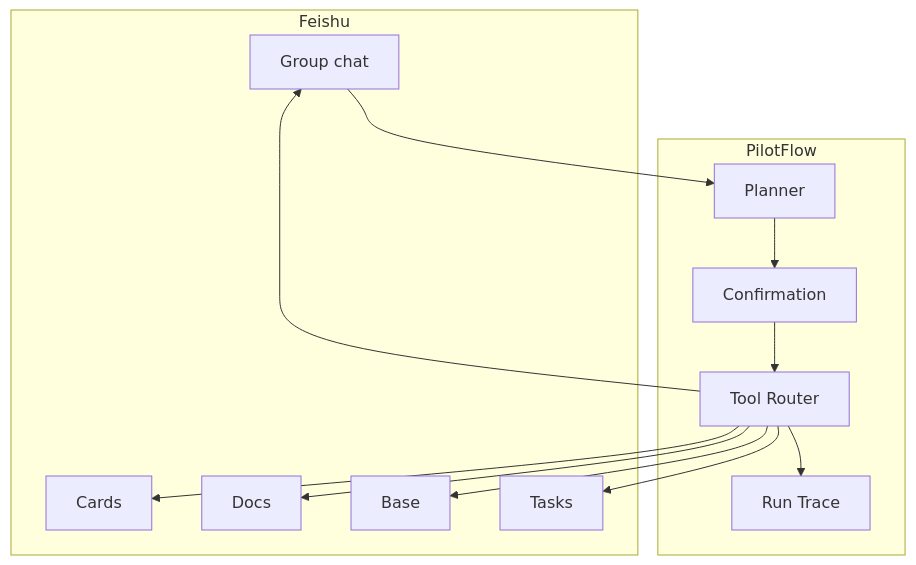
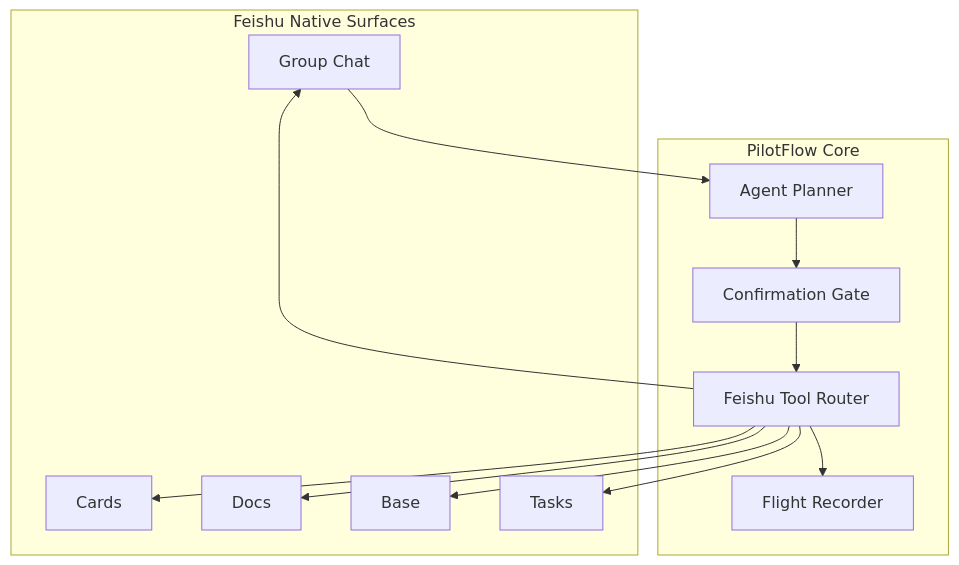
Before and after one commit to DeliciousBuding/pilot-flow: the second of 2 diagrams in README_EN.md, drawn with Mermaid. The commit also changed other lines of this file and 1 other file, not shown here.

First line of the commit message:
docs: restore product tone in README while keeping diagram fix

````diff
--- a/README_EN.md
+++ b/README_EN.md
@@ -77,27 +87,27 @@
 ```mermaid
 flowchart TB
-    subgraph "Feishu"
-        IM["Group chat"]
+    subgraph "Feishu Native Surfaces"
+        IM["Group Chat"]
         Card["Cards"]
         Doc["Docs"]
         Base["Base"]
         Task["Tasks"]
     end
 
-    subgraph "PilotFlow"
-        Planner["Planner"]
-        Confirm["Confirmation"]
-        Router["Tool Router"]
-        Recorder["Run Trace"]
+    subgraph "PilotFlow Core"
+        Planner["Agent Planner"]
+        Confirm["Confirmation Gate"]
+        Router["Feishu Tool Router"]
+        Recorder["Flight Recorder"]
     end
 
     IM --> Planner
     Planner --> Confirm
     Confirm --> Router
     Router --> Doc
     Router --> Base
     Router --> Task
     Router --> Card
     Router --> IM
     Router --> Recorder
 ```
````
